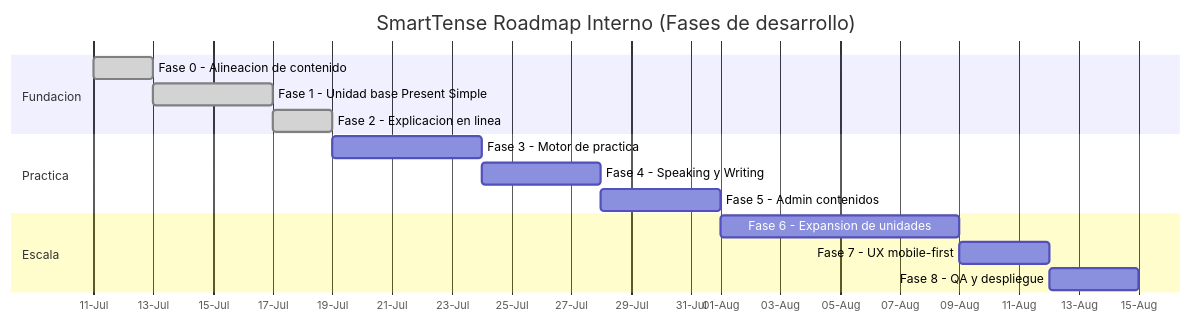
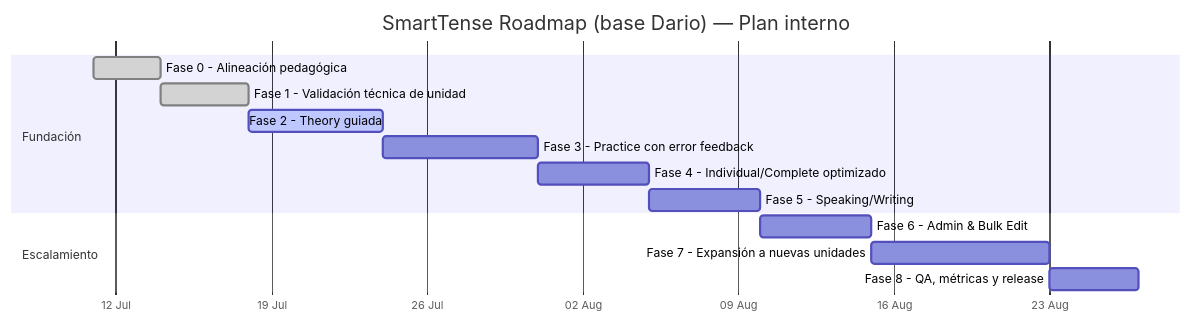
Before and after one commit to dafermen/SmartTense: the diagram in docs/PROJECT_PHASE_EXECUTION_PLAN_FROM_DARIO.md, drawn with Mermaid. The commit also changed other lines of this file and 3 other files, not shown here.

Commit message:
Documentar roadmap Dario por fases: plan ejecutivo/operativo y Gantt

````diff
--- a/docs/PROJECT_PHASE_EXECUTION_PLAN_FROM_DARIO.md
+++ b/docs/PROJECT_PHASE_EXECUTION_PLAN_FROM_DARIO.md
@@ -166,21 +260,20 @@
 ```mermaid
 gantt
-    title SmartTense Roadmap Interno (Fases de desarrollo)
+    title SmartTense Roadmap (base Dario) — Plan interno
     dateFormat  YYYY-MM-DD
-    axisFormat  %d-%b
+    axisFormat  %d %b
+    todayMarker stroke-width:2px,stroke:#e67e22,opacity:0.9
 
-    section Fundacion
-    Fase 0 - Alineacion de contenido      :done, p0, 2026-07-11, 2d
-    Fase 1 - Unidad base Present Simple    :done, p1, after p0, 4d
-    Fase 2 - Explicacion en linea         :done, p2, after p1, 2d
+    section Fundación
+    Fase 0 - Alineación pedagógica             :done, f0, 2026-07-11, 3d
+    Fase 1 - Validación técnica de unidad       :done, f1, after f0, 4d
+    Fase 2 - Theory guiada                     :active, f2, after f1, 6d
+    Fase 3 - Practice con error feedback        :f3, after f2, 7d
+    Fase 4 - Individual/Complete optimizado     :f4, after f3, 5d
+    Fase 5 - Speaking/Writing                  :f5, after f4, 5d
 
-    section Practica
-    Fase 3 - Motor de practica            :p3, after p2, 5d
-    Fase 4 - Speaking y Writing           :p4, after p3, 4d
-    Fase 5 - Admin contenidos             :p5, after p4, 4d
-
-    section Escala
-    Fase 6 - Expansion de unidades        :p6, after p5, 8d
-    Fase 7 - UX mobile-first              :p7, after p6, 3d
-    Fase 8 - QA y despliegue              :p8, after p7, 3d
+    section Escalamiento
+    Fase 6 - Admin & Bulk Edit                 :f6, after f5, 5d
+    Fase 7 - Expansión a nuevas unidades       :f7, after f6, 8d
+    Fase 8 - QA, métricas y release            :f8, after f7, 4d
 ```
````
